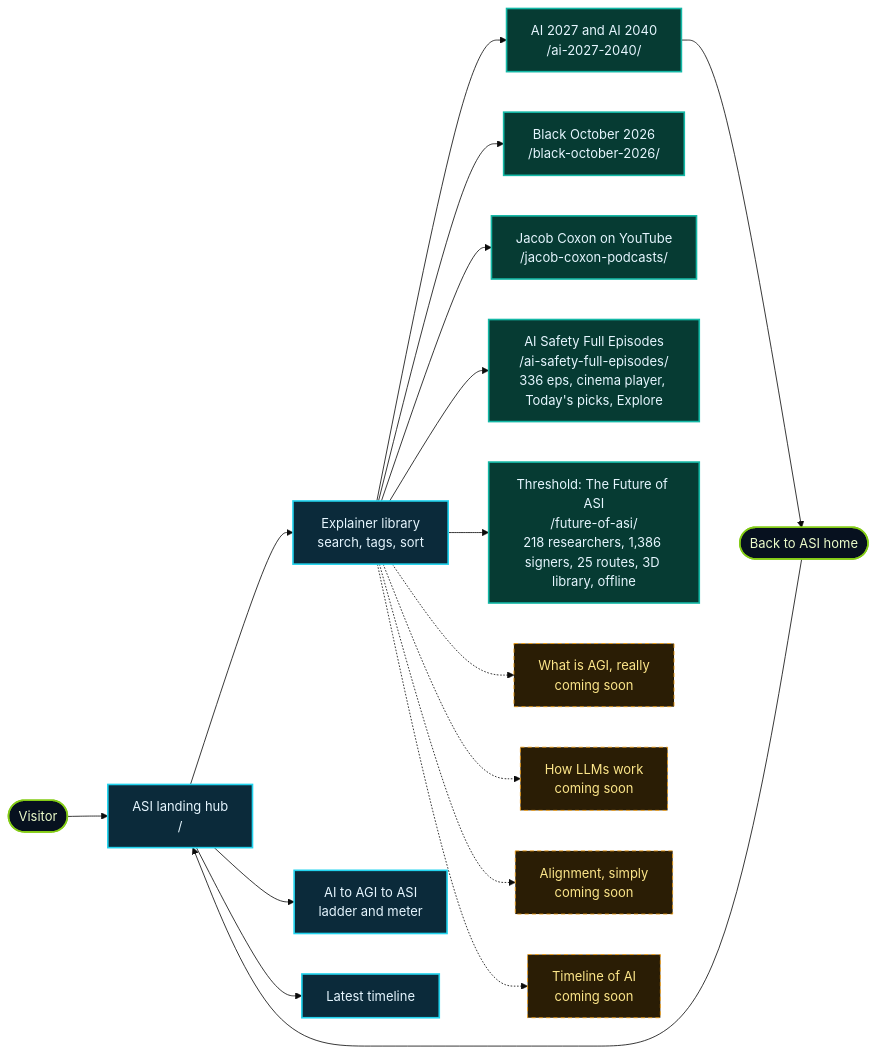
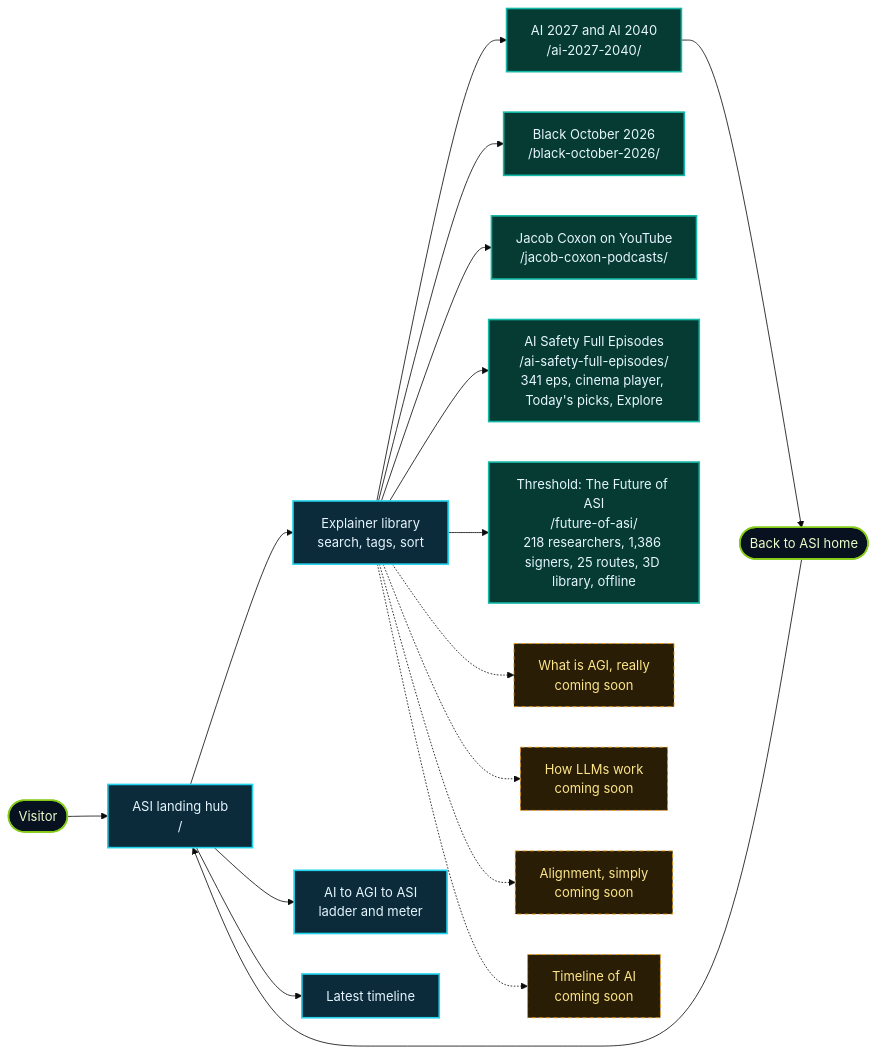
The first of 14 diagrams in README.md (lo3elyon/ASI), drawn with Mermaid (base theme) before and after one commit. The commit also changed other lines of this file, not shown here.

Commit message:
ai-safety-full-episodes: 5 new transcript-verified ILIAD III talks from the 12:00 sweep (341 episodes): README.md

````diff
--- a/README.md
+++ b/README.md
@@ -71,26 +71,26 @@
 ```mermaid
 flowchart LR
     V(["Visitor"]) --> H["ASI landing hub<br/>/"]
     H --> L["Explainer library<br/>search, tags, sort"]
     H --> G["AI to AGI to ASI<br/>ladder and meter"]
     H --> T["Latest timeline"]
     L --> E1["AI 2027 and AI 2040<br/>/ai-2027-2040/"]
     L --> E6["Black October 2026<br/>/black-october-2026/"]
     L --> E7["Jacob Coxon on YouTube<br/>/jacob-coxon-podcasts/"]
-    L --> E8["AI Safety Full Episodes<br/>/ai-safety-full-episodes/<br/>336 eps, cinema player, Today's picks, Explore"]
+    L --> E8["AI Safety Full Episodes<br/>/ai-safety-full-episodes/<br/>341 eps, cinema player, Today's picks, Explore"]
     L --> E9["Threshold: The Future of ASI<br/>/future-of-asi/<br/>218 researchers, 1,386 signers, 25 routes, 3D library, offline"]
     L -.-> E2["What is AGI, really<br/>coming soon"]
     L -.-> E3["How LLMs work<br/>coming soon"]
     L -.-> E4["Alignment, simply<br/>coming soon"]
     L -.-> E5["Timeline of AI<br/>coming soon"]
     E1 --> B(["Back to ASI home"])
     B --> H
     classDef hub fill:#0b2a3a,stroke:#22d3ee,stroke-width:2px,color:#e6f6ff
     classDef live fill:#063b33,stroke:#14b8a6,stroke-width:2px,color:#e6f6ff
     classDef soon fill:#2a1d05,stroke:#f59e0b,stroke-dasharray:5 4,color:#fde68a
     classDef user fill:#07111f,stroke:#84cc16,stroke-width:2px,color:#ecfccb
     class H,L,G,T hub
     class E1,E6,E7,E8,E9 live
     class E2,E3,E4,E5 soon
     class V,B user
 ```
````
